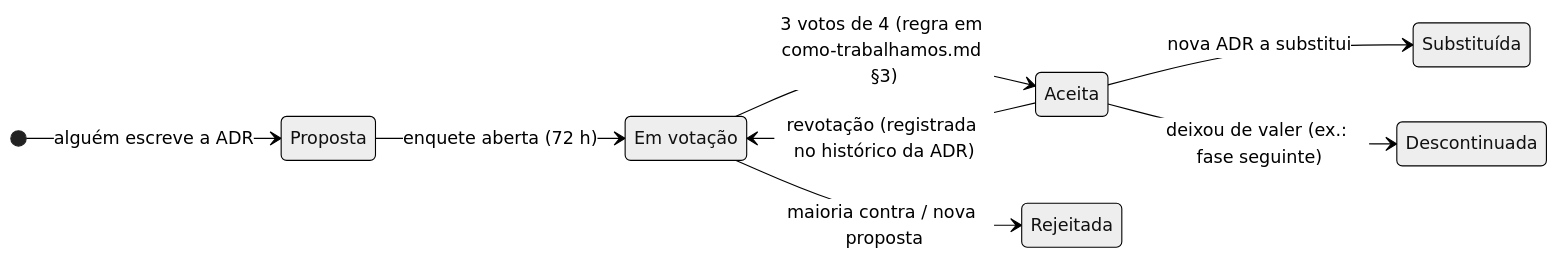
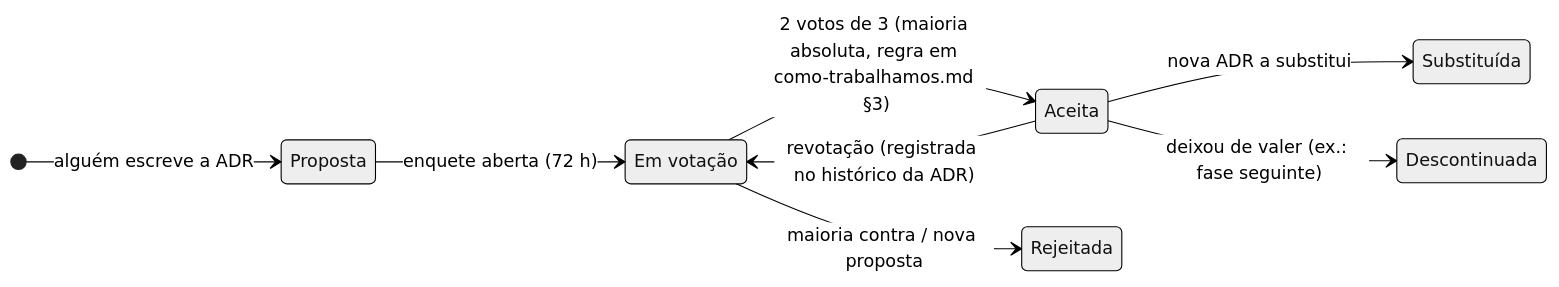
The diagram in docs/02-adr/README.md (HermandoThiago/FIAP-SOAT), drawn with Mermaid (neutral theme) before and after one commit. The commit also changed 18 other files, not shown here.

````diff
--- a/docs/02-adr/README.md
+++ b/docs/02-adr/README.md
@@ -8,13 +8,13 @@
 ```mermaid
 stateDiagram-v2
     direction LR
     [*] --> Proposta: alguém escreve a ADR
     Proposta --> EmVotacao: enquete aberta (72 h)
-    EmVotacao --> Aceita: 3 votos de 4 (regra em como-trabalhamos.md §3)
+    EmVotacao --> Aceita: 2 votos de 3 (maioria absoluta, regra em como-trabalhamos.md §3)
     EmVotacao --> Rejeitada: maioria contra / nova proposta
     Aceita --> EmVotacao: revotação (registrada no histórico da ADR)
     Aceita --> Substituida: nova ADR a substitui
     Aceita --> Descontinuada: deixou de valer (ex.: fase seguinte)
     state "Em votação" as EmVotacao
     state "Substituída" as Substituida
 ```
````
